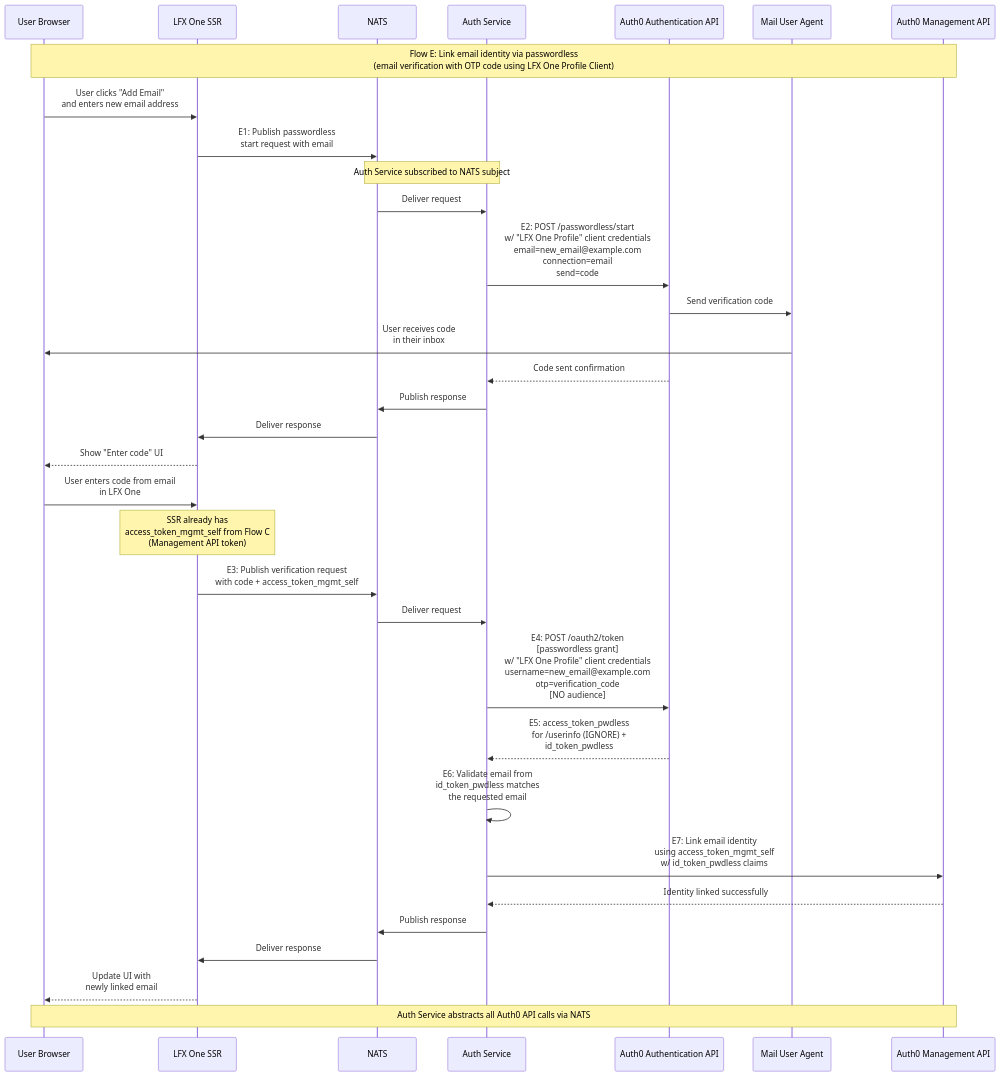
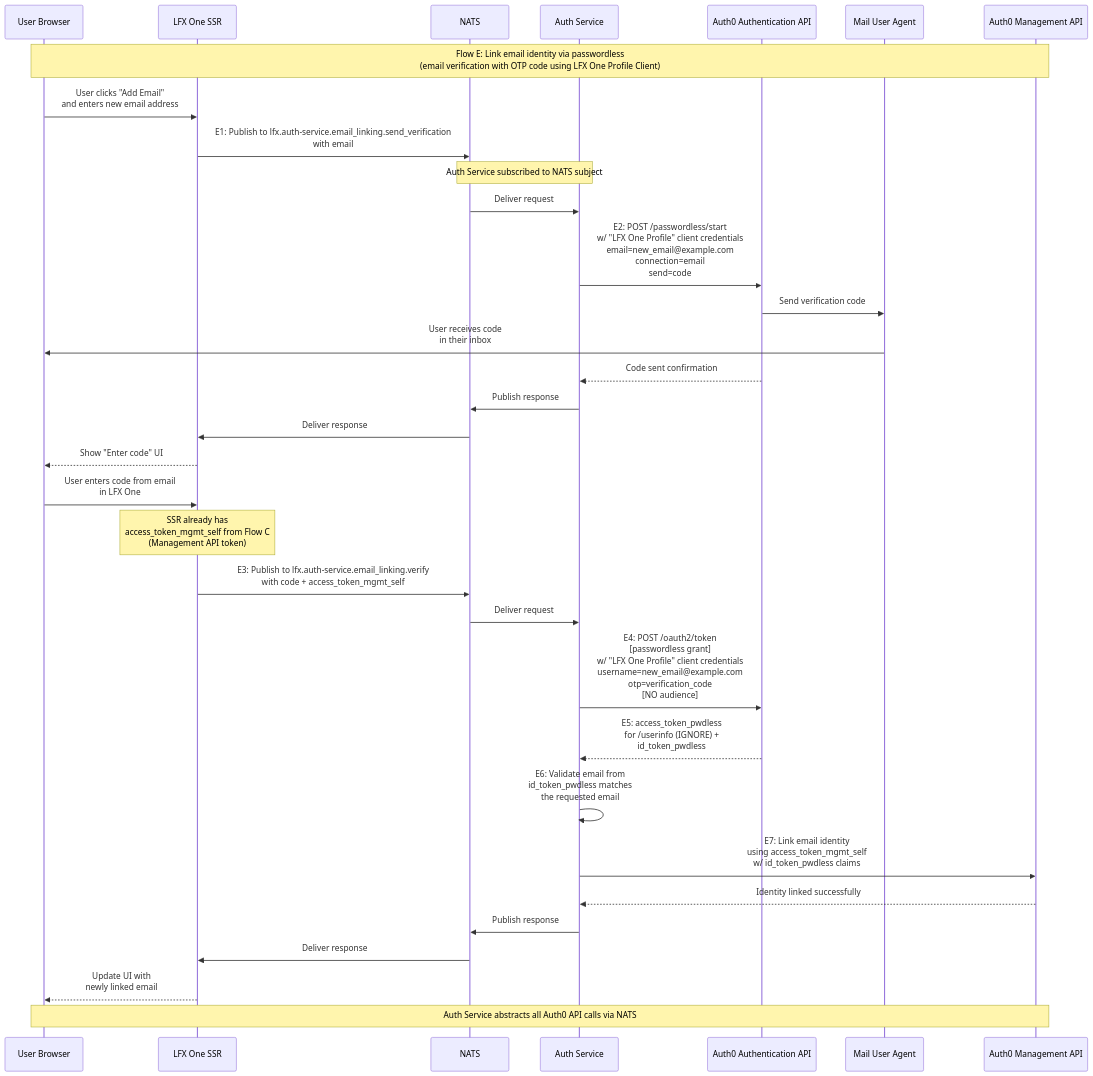
Before and after one commit to linuxfoundation/lfx-v2-auth-service: the diagram in docs/auth-flows/E-passwordless-email-linking.md, drawn with Mermaid. The commit also changed 4 other files, not shown here.

````diff
--- a/docs/auth-flows/E-passwordless-email-linking.md
+++ b/docs/auth-flows/E-passwordless-email-linking.md
@@ -8,52 +8,52 @@
 ```mermaid
 sequenceDiagram
     participant Browser as User Browser
     participant SSR as LFX One SSR
     participant NATS as NATS
     participant AuthSvc as Auth Service
     participant Auth0 as Auth0 Authentication API
     participant MUA as Mail User Agent
     participant Auth0Mgmt as Auth0 Management API
 
     Note over Browser,Auth0Mgmt: Flow E: Link email identity via passwordless<br/>(email verification with OTP code using LFX One Profile Client)
     
     Browser->>SSR: User clicks "Add Email"<br/>and enters new email address
     
-    SSR->>NATS: E1: Publish passwordless<br/>start request with email
+    SSR->>NATS: E1: Publish to lfx.auth-service.email_linking.send_verification<br/>with email
     Note over NATS,AuthSvc: Auth Service subscribed to NATS subject
     NATS->>AuthSvc: Deliver request
     
     AuthSvc->>Auth0: E2: POST /passwordless/start<br/>w/ "LFX One Profile" client credentials<br/>email=new_email@example.com<br/>connection=email<br/>send=code
     
     Auth0->>MUA: Send verification code
     
     MUA->>Browser: User receives code<br/>in their inbox
     
     Auth0-->>AuthSvc: Code sent confirmation
     AuthSvc->>NATS: Publish response
     NATS->>SSR: Deliver response
     SSR-->>Browser: Show "Enter code" UI
     
     Browser->>SSR: User enters code from email<br/>in LFX One
     
     Note over SSR: SSR already has<br/>access_token_mgmt_self from Flow C<br/>(Management API token)
 
-    SSR->>NATS: E3: Publish verification request<br/>with code + access_token_mgmt_self
+    SSR->>NATS: E3: Publish to lfx.auth-service.email_linking.verify<br/>with code + access_token_mgmt_self
     NATS->>AuthSvc: Deliver request
 
     AuthSvc->>Auth0: E4: POST /oauth2/token<br/>[passwordless grant]<br/>w/ "LFX One Profile" client credentials<br/>username=new_email@example.com<br/>otp=verification_code<br/>[NO audience]
 
     Auth0-->>AuthSvc: E5: access_token_pwdless<br/>for /userinfo (IGNORE) +<br/>id_token_pwdless
 
     AuthSvc->>AuthSvc: E6: Validate email from<br/>id_token_pwdless matches<br/>the requested email
 
     AuthSvc->>Auth0Mgmt: E7: Link email identity<br/>using access_token_mgmt_self<br/>w/ id_token_pwdless claims
     
     Auth0Mgmt-->>AuthSvc: Identity linked successfully
     AuthSvc->>NATS: Publish response
     NATS->>SSR: Deliver response
     
     SSR-->>Browser: Update UI with<br/>newly linked email
     
     Note over Browser,Auth0Mgmt: Auth Service abstracts all Auth0 API calls via NATS
 ```
````
